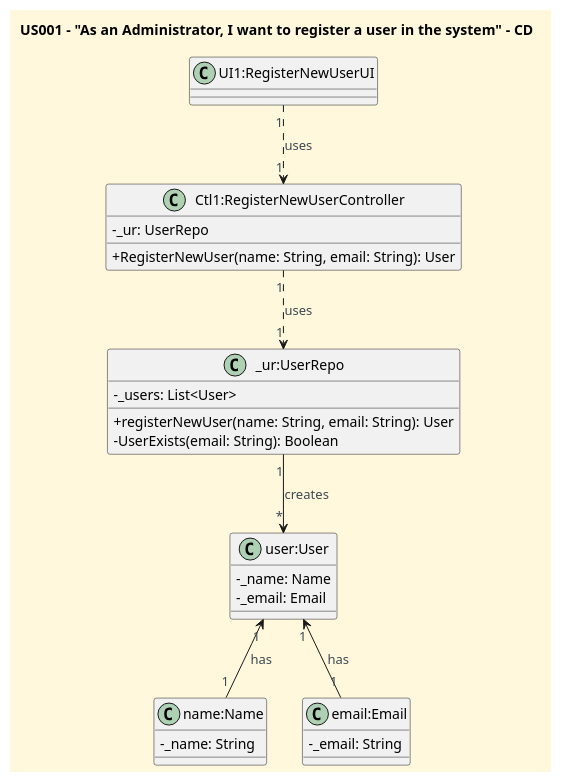
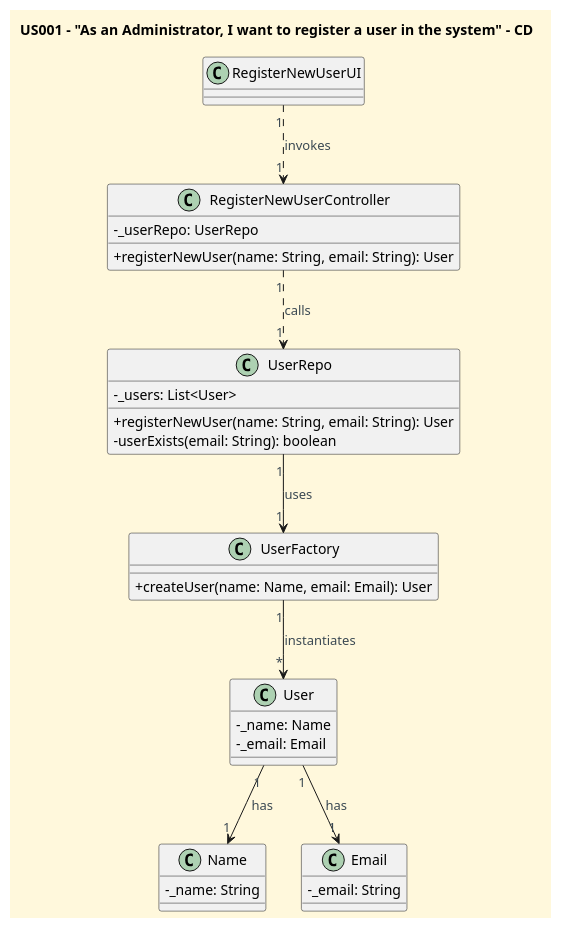
One commit to CarolinaLeite-collab/JavaMarketplacePlatform changed the diagram in docs/userStories/US001/US001_register_user_CD.puml. Above: the diagram before and after it, drawn with PlantUML. The commit also changed 1 other file, not shown here.

```diff
--- a/docs/userStories/US001/US001_register_user_CD.puml
+++ b/docs/userStories/US001/US001_register_user_CD.puml
@@ -1,49 +1,54 @@
 @startuml
 title US001 - "As an Administrator, I want to register a user in the system" - CD
 
-'==== basic style ====
 skinparam monochrome false
 skinparam shadowing false
 skinparam defaultFontName Futura
 skinparam objectFontSize 20
 skinparam backgroundColor CornSilk
 skinparam objectBackgroundColor WhiteSmoke
 skinparam noteBackgroundColor #FFFFE0
 skinparam ArrowFontColor #3B4953
 skinparam ActivationBackgroundColor black
 skinparam classAttributeIconSize 0
 
-class "UI1:RegisterNewUserUI"
+class RegisterNewUserUI
 
-class "Ctl1:RegisterNewUserController" {
-  - _ur: UserRepo
-  + RegisterNewUser(name: String, email: String): User
+class RegisterNewUserController {
+  - _userRepo: UserRepo
+  + registerNewUser(name: String, email: String): User
 }
 
-class "_ur:UserRepo" {
+class UserRepo {
   - _users: List<User>
   + registerNewUser(name: String, email: String): User
-  - UserExists(email: String): Boolean
+  - userExists(email: String): boolean
 }
 
-class "user:User" {
-  -_name: Name
-  -_email: Email
+class UserFactory {
+  + createUser(name: Name, email: Email): User
 }
 
-class "name:Name"  {
-  -_name: String
+class User {
+  - _name: Name
+  - _email: Email
 }
 
-class "email:Email" {
-  -_email: String
+class Name {
+  - _name: String
+}
+
+class Email {
+  - _email: String
 }
 
 ' === RELAÇÕES ===
-"UI1:RegisterNewUserUI""1" ..> "1""Ctl1:RegisterNewUserController" : uses
-"Ctl1:RegisterNewUserController""1" ..> "1""_ur:UserRepo" : uses
-"_ur:UserRepo""1" --> "*""user:User" : creates
-"user:User""1" <-- "1""name:Name" : has
-"user:User""1" <-- "1""email:Email" : has
+
+RegisterNewUserUI "1" ..> "1" RegisterNewUserController : invokes
+RegisterNewUserController "1" ..> "1" UserRepo : calls
+UserRepo "1" --> "1" UserFactory : uses
+UserFactory "1" --> "*" User : instantiates
+User "1" --> "1" Name : has
+User "1" --> "1" Email : has
 
 @enduml
```
